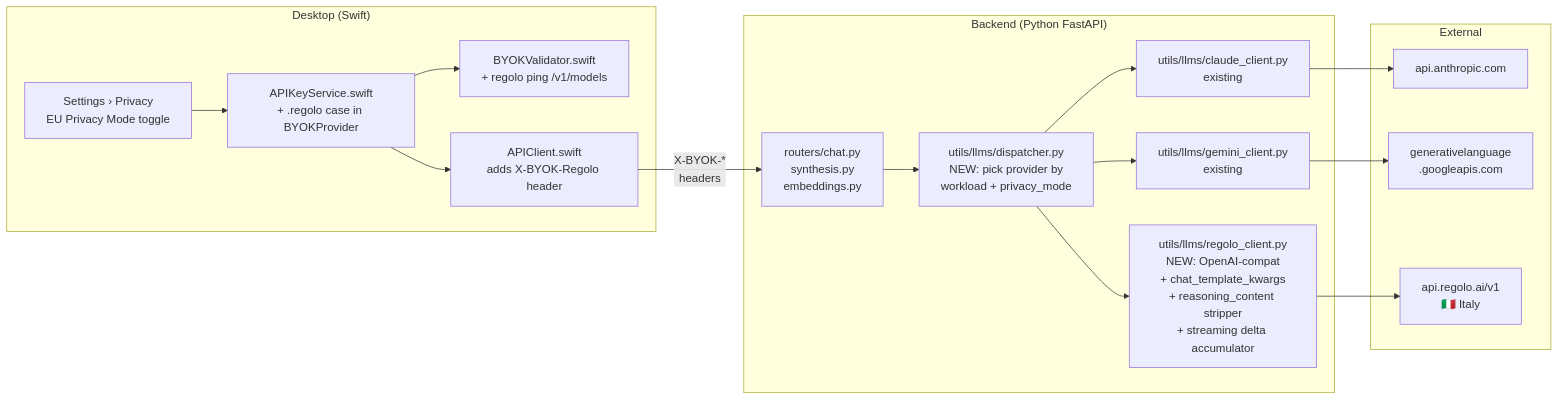
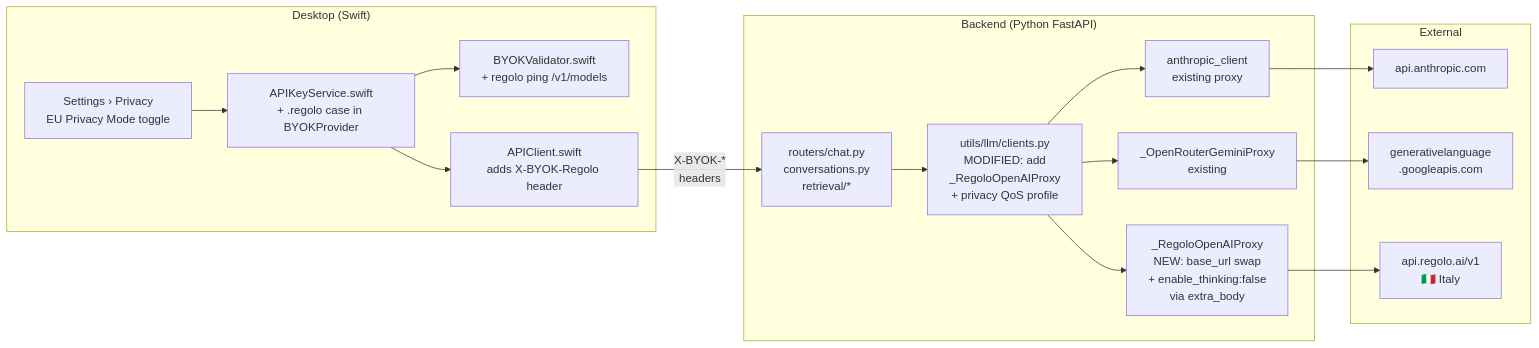
One commit to Euraika-Labs/omi-regolo-integration changed the second of 3 diagrams in desktop/docs/REGOLO_INTEGRATION.md. Above: the diagram before and after it, drawn with Mermaid. The commit also changed other lines of this file, not shown here.

First line of the commit message:
docs: sync REGOLO_INTEGRATION.md with M0 corrections from omi worktree

````diff
--- a/desktop/docs/REGOLO_INTEGRATION.md
+++ b/desktop/docs/REGOLO_INTEGRATION.md
@@ -97,36 +127,36 @@
 ```mermaid
 graph LR
     subgraph "Desktop (Swift)"
         Settings[Settings › Privacy<br/>EU Privacy Mode toggle]
         APIKS[APIKeyService.swift<br/>+ .regolo case in BYOKProvider]
         BYV[BYOKValidator.swift<br/>+ regolo ping /v1/models]
         APIC[APIClient.swift<br/>adds X-BYOK-Regolo header]
         Settings --> APIKS
         APIKS --> APIC
         APIKS --> BYV
     end
 
     subgraph "Backend (Python FastAPI)"
-        Router[routers/chat.py<br/>synthesis.py<br/>embeddings.py]
-        Dispatcher[utils/llms/dispatcher.py<br/>NEW: pick provider by<br/>workload + privacy_mode]
-        ClaudeC[utils/llms/claude_client.py<br/>existing]
-        GeminiC[utils/llms/gemini_client.py<br/>existing]
-        RegoloC[utils/llms/regolo_client.py<br/>NEW: OpenAI-compat<br/>+ chat_template_kwargs<br/>+ reasoning_content stripper<br/>+ streaming delta accumulator]
+        Router[routers/chat.py<br/>conversations.py<br/>retrieval/*]
+        Clients[utils/llm/clients.py<br/>MODIFIED: add<br/>_RegoloOpenAIProxy<br/>+ privacy QoS profile]
+        ClaudeC[anthropic_client<br/>existing proxy]
+        GeminiC[_OpenRouterGeminiProxy<br/>existing]
+        RegoloC[_RegoloOpenAIProxy<br/>NEW: base_url swap<br/>+ enable_thinking:false<br/>via extra_body]
 
-        Router --> Dispatcher
-        Dispatcher --> ClaudeC
-        Dispatcher --> GeminiC
-        Dispatcher --> RegoloC
+        Router --> Clients
+        Clients --> ClaudeC
+        Clients --> GeminiC
+        Clients --> RegoloC
     end
 
     subgraph "External"
         Anthropic[api.anthropic.com]
         Google[generativelanguage<br/>.googleapis.com]
         Regolo[api.regolo.ai/v1<br/>🇮🇹 Italy]
     end
 
     APIC -->|X-BYOK-*<br/>headers| Router
     ClaudeC --> Anthropic
     GeminiC --> Google
     RegoloC --> Regolo
 ```
````
